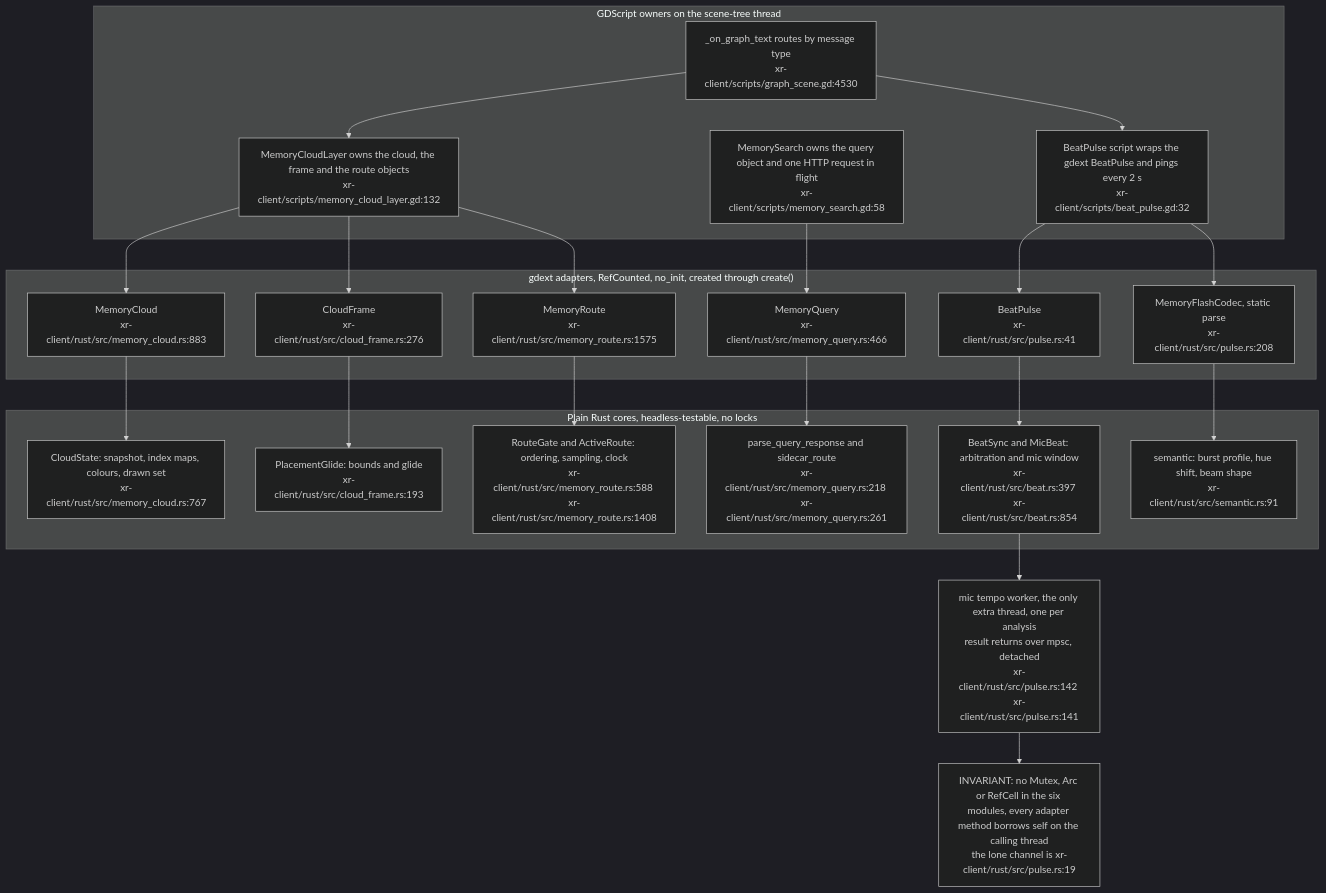
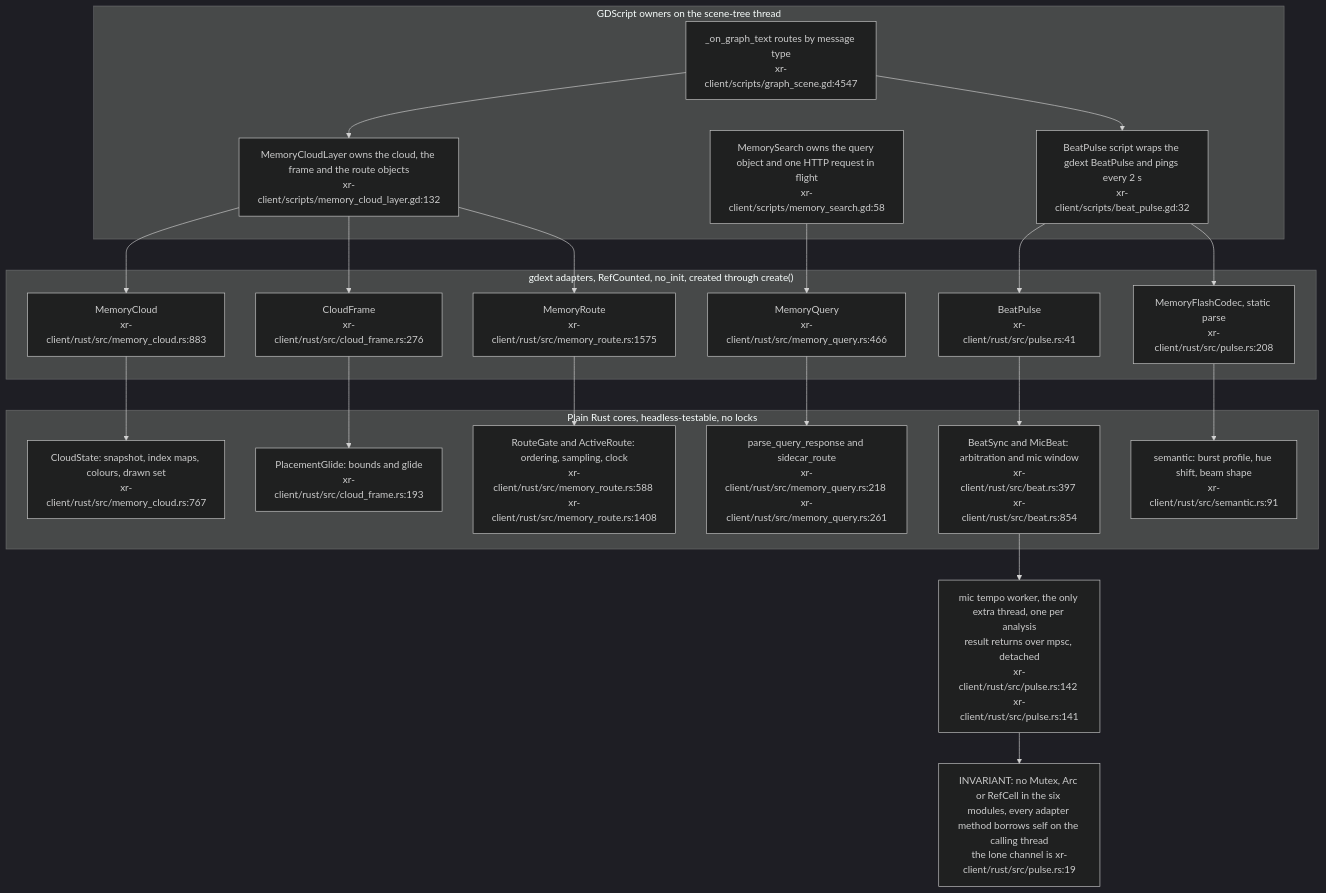
One commit to DreamLab-AI/VisionFlow changed the first of 19 diagrams in docs/diagrams/visionclaw/38-xr-memory-cloud-internals.md. Above: the diagram before and after it, drawn with Mermaid (dark theme). The commit also changed other lines of this file and 154 other files, not shown here.

First line of the commit message:
docs(diagrams): re-stamp 154 topics whose every citation still reads the same text at the current heads

````diff
--- a/docs/diagrams/visionclaw/38-xr-memory-cloud-internals.md
+++ b/docs/diagrams/visionclaw/38-xr-memory-cloud-internals.md
@@ -50,43 +50,43 @@
 ```mermaid
 flowchart TB
     subgraph gd["GDScript owners on the scene-tree thread"]
-        GS["_on_graph_text routes by message type<br/>xr-client/scripts/graph_scene.gd:4530"]
+        GS["_on_graph_text routes by message type<br/>xr-client/scripts/graph_scene.gd:4547"]
         LAYER["MemoryCloudLayer owns the cloud, the frame and the route objects<br/>xr-client/scripts/memory_cloud_layer.gd:132"]
         SEARCH["MemorySearch owns the query object and one HTTP request in flight<br/>xr-client/scripts/memory_search.gd:58"]
         BEATGD["BeatPulse script wraps the gdext BeatPulse and pings every 2 s<br/>xr-client/scripts/beat_pulse.gd:32"]
     end
     subgraph cls["gdext adapters, RefCounted, no_init, created through create()"]
         MC["MemoryCloud<br/>xr-client/rust/src/memory_cloud.rs:883"]
         CF["CloudFrame<br/>xr-client/rust/src/cloud_frame.rs:276"]
         MR["MemoryRoute<br/>xr-client/rust/src/memory_route.rs:1575"]
         MQ["MemoryQuery<br/>xr-client/rust/src/memory_query.rs:466"]
         BP["BeatPulse<br/>xr-client/rust/src/pulse.rs:41"]
         FC["MemoryFlashCodec, static parse<br/>xr-client/rust/src/pulse.rs:208"]
     end
     subgraph core["Plain Rust cores, headless-testable, no locks"]
         CS["CloudState: snapshot, index maps, colours, drawn set<br/>xr-client/rust/src/memory_cloud.rs:767"]
         PG["PlacementGlide: bounds and glide<br/>xr-client/rust/src/cloud_frame.rs:193"]
         RG["RouteGate and ActiveRoute: ordering, sampling, clock<br/>xr-client/rust/src/memory_route.rs:588 xr-client/rust/src/memory_route.rs:1408"]
         QA["parse_query_response and sidecar_route<br/>xr-client/rust/src/memory_query.rs:218 xr-client/rust/src/memory_query.rs:261"]
         BS["BeatSync and MicBeat: arbitration and mic window<br/>xr-client/rust/src/beat.rs:397 xr-client/rust/src/beat.rs:854"]
         SE["semantic: burst profile, hue shift, beam shape<br/>xr-client/rust/src/semantic.rs:91"]
     end
     WORKER["mic tempo worker, the only extra thread, one per analysis<br/>result returns over mpsc, detached<br/>xr-client/rust/src/pulse.rs:142 xr-client/rust/src/pulse.rs:141"]
     GS --> LAYER
     GS --> BEATGD
     LAYER --> MC
     LAYER --> CF
     LAYER --> MR
     SEARCH --> MQ
     BEATGD --> BP
     BEATGD --> FC
     MC --> CS
     CF --> PG
     MR --> RG
     MQ --> QA
     BP --> BS
     FC --> SE
     BS --> WORKER
     INV["INVARIANT: no Mutex, Arc or RefCell in the six modules, every adapter method borrows self on the calling thread<br/>the lone channel is xr-client/rust/src/pulse.rs:19"]
     WORKER --> INV
 ```
````
